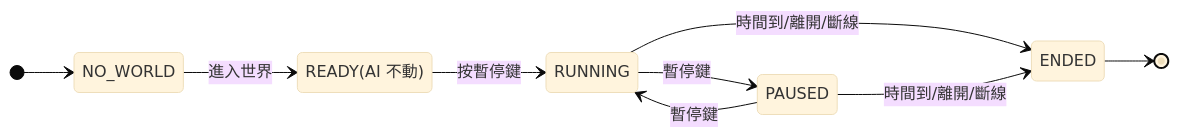
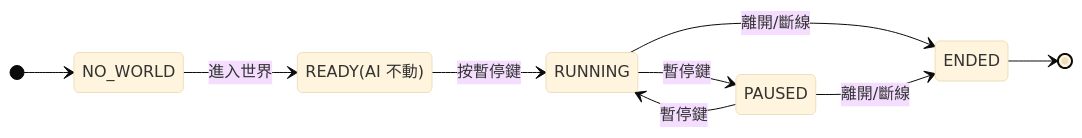
One commit to soechin/BlockAgent changed the second of 2 diagrams in docs/SPEC.md. Above: the diagram before and after it, drawn with Mermaid (base theme). The commit also changed other lines of this file and 24 other files, not shown here.

````diff
--- a/docs/SPEC.md
+++ b/docs/SPEC.md
@@ -643,13 +642,13 @@
   ```mermaid
   stateDiagram-v2
       direction LR
       [*] --> NO_WORLD
       state "READY(AI 不動)" as READY
       NO_WORLD --> READY: 進入世界
       READY --> RUNNING: 按暫停鍵
       RUNNING --> PAUSED: 暫停鍵
       PAUSED --> RUNNING: 暫停鍵
-      RUNNING --> ENDED: 時間到/離開/斷線
-      PAUSED --> ENDED: 時間到/離開/斷線
+      RUNNING --> ENDED: 離開/斷線
+      PAUSED --> ENDED: 離開/斷線
       ENDED --> [*]
   ```
````
